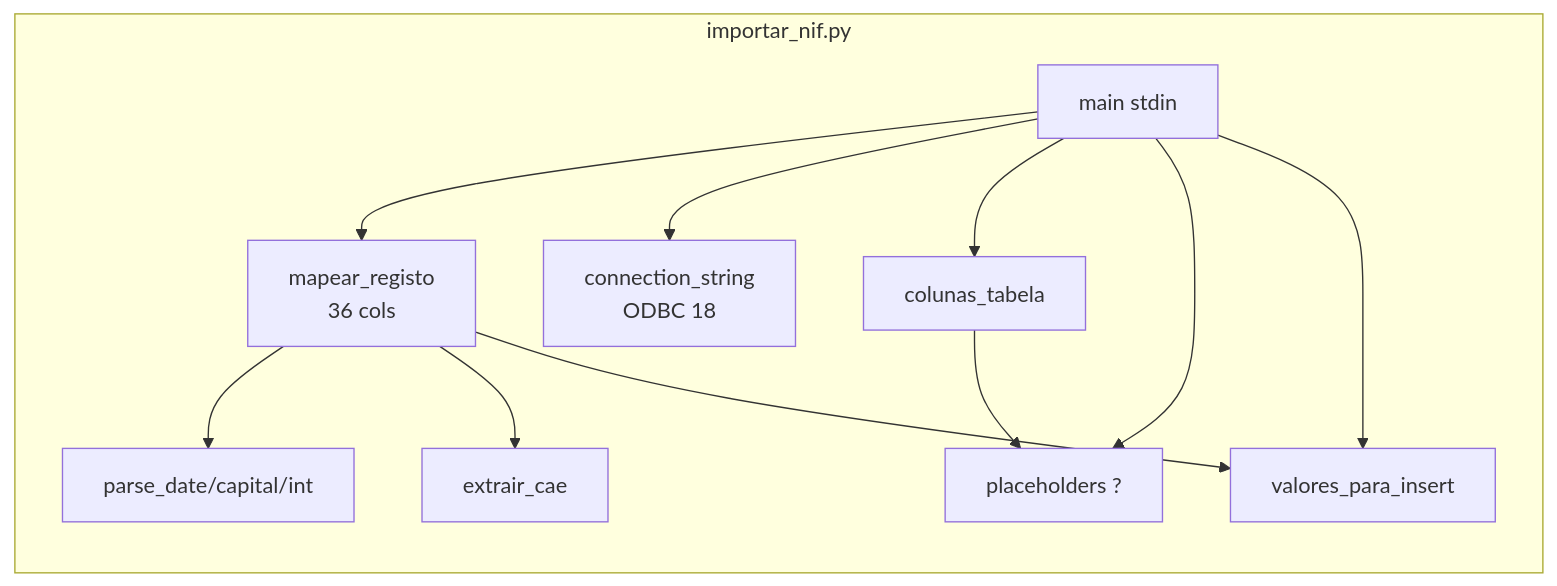
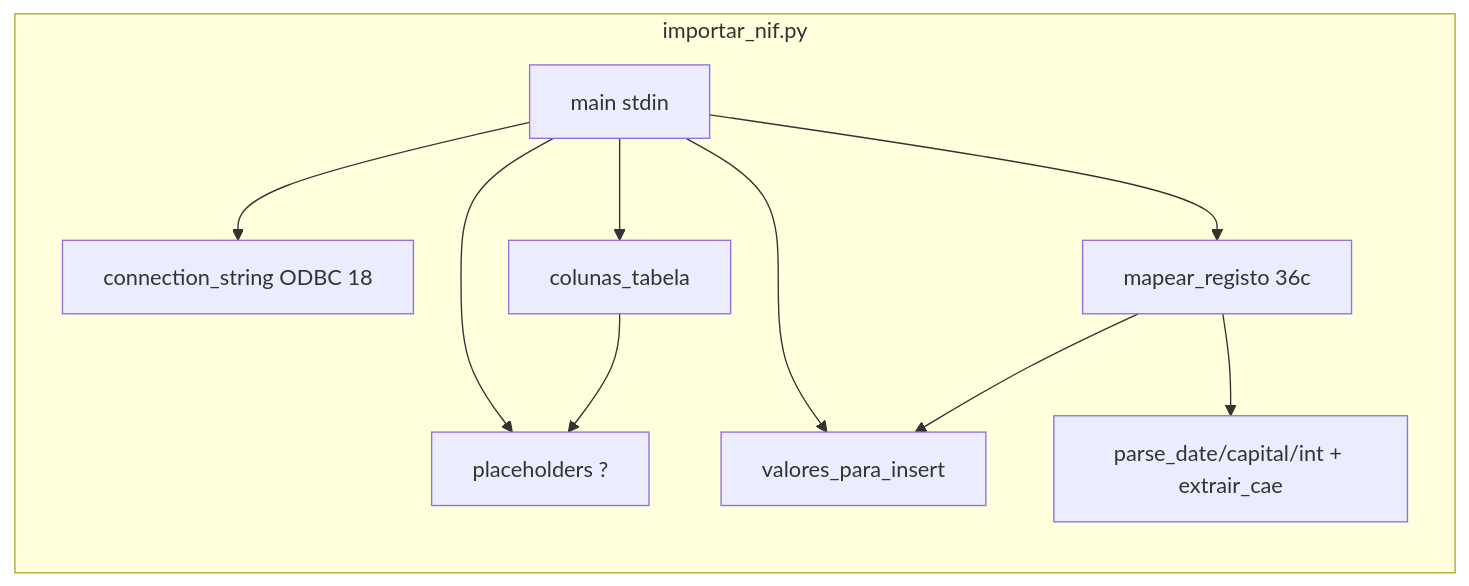
One commit to nunoetome/nif-pt changed the eighth of 8 diagrams in docs/architecture/diagrams.md. Above: the diagram before and after it, drawn with Mermaid. The commit also changed other lines of this file and 19 other files, not shown here.

````diff
--- a/docs/architecture/diagrams.md
+++ b/docs/architecture/diagrams.md
@@ -238,18 +245,16 @@
 ```mermaid
 graph LR
     subgraph importar_nif.py
-        CS[connection_string<br/>ODBC 18]
-        MP[mapear_registo<br/>36 cols]
+        CS[connection_string ODBC 18]
+        MR[mapear_registo 36c]
         CT[colunas_tabela]
         PL[placeholders ?]
         VI[valores_para_insert]
-        PD[parse_date/capital/int]
-        CA[extrair_cae]
+        PD[parse_date/capital/int + extrair_cae]
         MN[main stdin]
     end
-    MN --> MP
-    MP --> PD & CA
-    MN --> CS & CT & PL & VI
+    MN --> MR & CS & CT & PL & VI
+    MR --> PD
     CT --> PL
-    MP --> VI
+    MR --> VI
 ```
````
